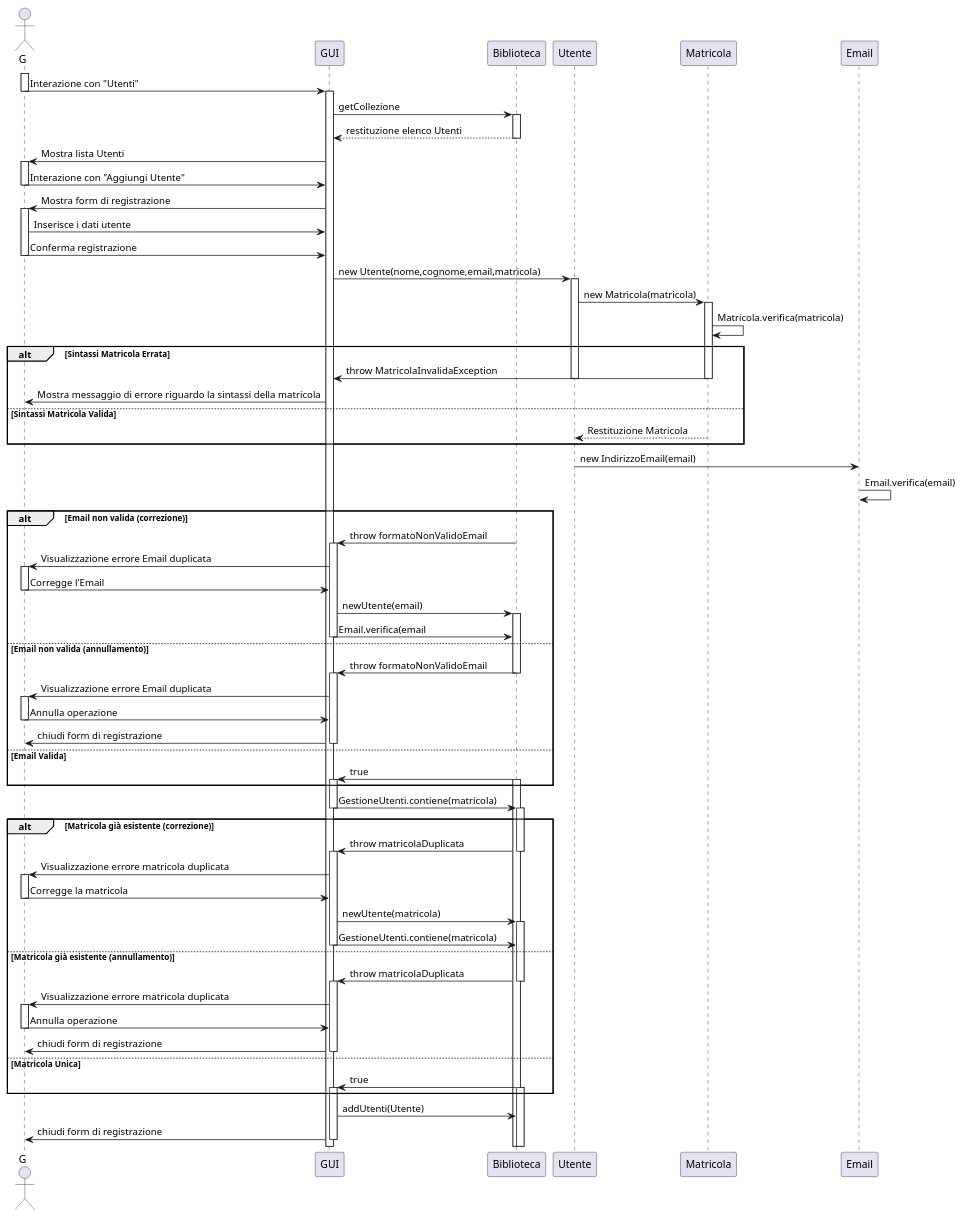
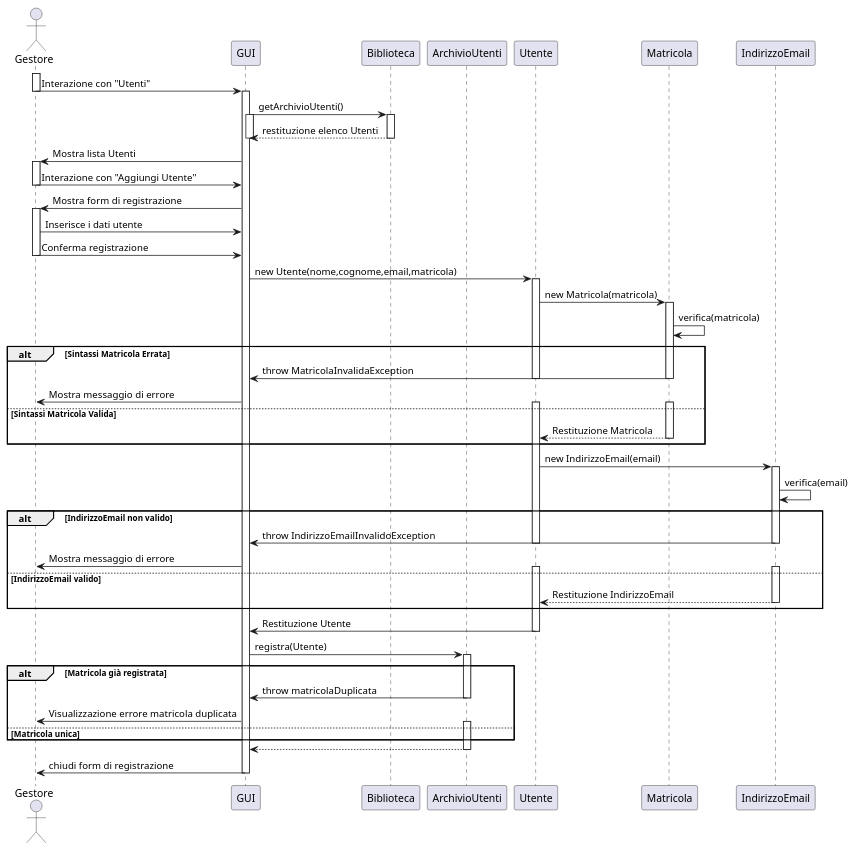
One commit to Meziu/easylibrary changed the diagram in docs/uml/UMLinserisciUtente.puml. Above: the diagram before and after it, drawn with PlantUML.

Commit message:
Cleanup e specificità del diagramma inserimento utente

```diff
--- a/docs/uml/UMLinserisciUtente.puml
+++ b/docs/uml/UMLinserisciUtente.puml
@@ -1,156 +1,101 @@
 @startuml
-actor G as G
+actor Gestore as G
 participant "GUI" as UI
 participant "Biblioteca" as B
+participant "ArchivioUtenti" as A
 participant "Utente" as U
 participant "Matricola" as M
-participant "Email" as E
+participant "IndirizzoEmail" as E
 activate G
 ' ----- Inizio -----
 
 G -> UI : Interazione con "Utenti"
 deactivate G
 activate UI
-UI -> B : getCollezione
+UI -> B : getArchivioUtenti()
+activate UI
 activate B
 B --> UI : restituzione elenco Utenti
 deactivate B
+deactivate UI
 UI -> G : Mostra lista Utenti
 activate G
 
 G -> UI : Interazione con "Aggiungi Utente"
 deactivate G
 
 UI -> G : Mostra form di registrazione
 
 activate G
 G -> UI : Inserisce i dati utente
 G -> UI : Conferma registrazione
 deactivate G
 
 ' ----- Invio dati a Sistema -----
 UI -> U : new Utente(nome,cognome,email,matricola)
 
 activate U
 U -> M : new Matricola(matricola)
 activate M
-M -> M : Matricola.verifica(matricola)
+M -> M : verifica(matricola)
 'deactivate UI
 
 ' ----- Controllo Sintassi Matricola -----
 alt Sintassi Matricola Errata
     M -> UI : throw MatricolaInvalidaException
     deactivate M
     deactivate U
     'activate UI
-    UI -> G : Mostra messaggio di errore riguardo la sintassi della matricola
+    UI -> G : Mostra messaggio di errore
 
     else Sintassi Matricola Valida
+    activate U
+    activate M
     M --> U : Restituzione Matricola
     deactivate M
 end
 
 ' ----- Controllo Email -----
 
 U -> E : new IndirizzoEmail(email)
-E -> E : Email.verifica(email)
+activate E
+E -> E : verifica(email)
 
-alt Email non valida (correzione)
-    B -> UI : throw formatoNonValidoEmail
-    deactivate B
-    activate UI
+alt IndirizzoEmail non valido
+    E -> UI : throw IndirizzoEmailInvalidoException
+    deactivate E
+    deactivate U
 
-    UI -> G : Visualizzazione errore Email duplicata
+    UI -> G : Mostra messaggio di errore
 
-    activate G
-    G -> UI : Corregge l'Email
-    deactivate G
+else IndirizzoEmail valido
+    activate E
+    activate U
 
-
-    UI -> B : newUtente(email)
-
-    activate B
-    UI -> B : Email.verifica(email
-
-    deactivate UI
-else Email non valida (annullamento)
-    B -> UI : throw formatoNonValidoEmail
-    deactivate B
-
-    activate UI
-    UI -> G : Visualizzazione errore Email duplicata
-
-
-    activate G
-    G -> UI : Annulla operazione
-    deactivate G
-
-
-    UI -> G : chiudi form di registrazione
-deactivate UI
-
-else Email Valida
-B -> UI : true
-activate UI
-activate B
-
+    E --> U : Restituzione IndirizzoEmail
+    deactivate E
 end
 
+U -> UI : Restituzione Utente
+deactivate U
+
 ' ----- Controllo Matricola -----
-UI -> B : GestioneUtenti.contiene(matricola)
-deactivate UI
-activate B
-alt Matricola già esistente (correzione)
+UI -> A : registra(Utente)
+activate A
+alt Matricola già registrata
 
-    B -> UI : throw matricolaDuplicata
-    deactivate B
-    activate UI
-
+    A -> UI : throw matricolaDuplicata
+    deactivate A
 
     UI -> G : Visualizzazione errore matricola duplicata
-
-
-    activate G
-    G -> UI : Corregge la matricola
-    deactivate G
-
-
-    UI -> B : newUtente(matricola)
-
-
-    activate B
-    UI -> B : GestioneUtenti.contiene(matricola)
-    deactivate UI
-
-
-else Matricola già esistente (annullamento)
-
-    B -> UI : throw matricolaDuplicata
-    deactivate B
-
-    activate UI
-    UI -> G : Visualizzazione errore matricola duplicata
-
-
-    activate G
-    G -> UI : Annulla operazione
-    deactivate G
-
-
-    UI -> G : chiudi form di registrazione
-deactivate UI
-else Matricola Unica
-
-B -> UI : true
-activate UI
-activate B
+else Matricola unica
+    activate A
 
 end
 
 ' ----- Conclusione -----
-
-UI -> B : addUtenti(Utente)
-
+A --> UI
+deactivate A
 UI -> G : chiudi form di registrazione
 deactivate UI
 @enduml
```
